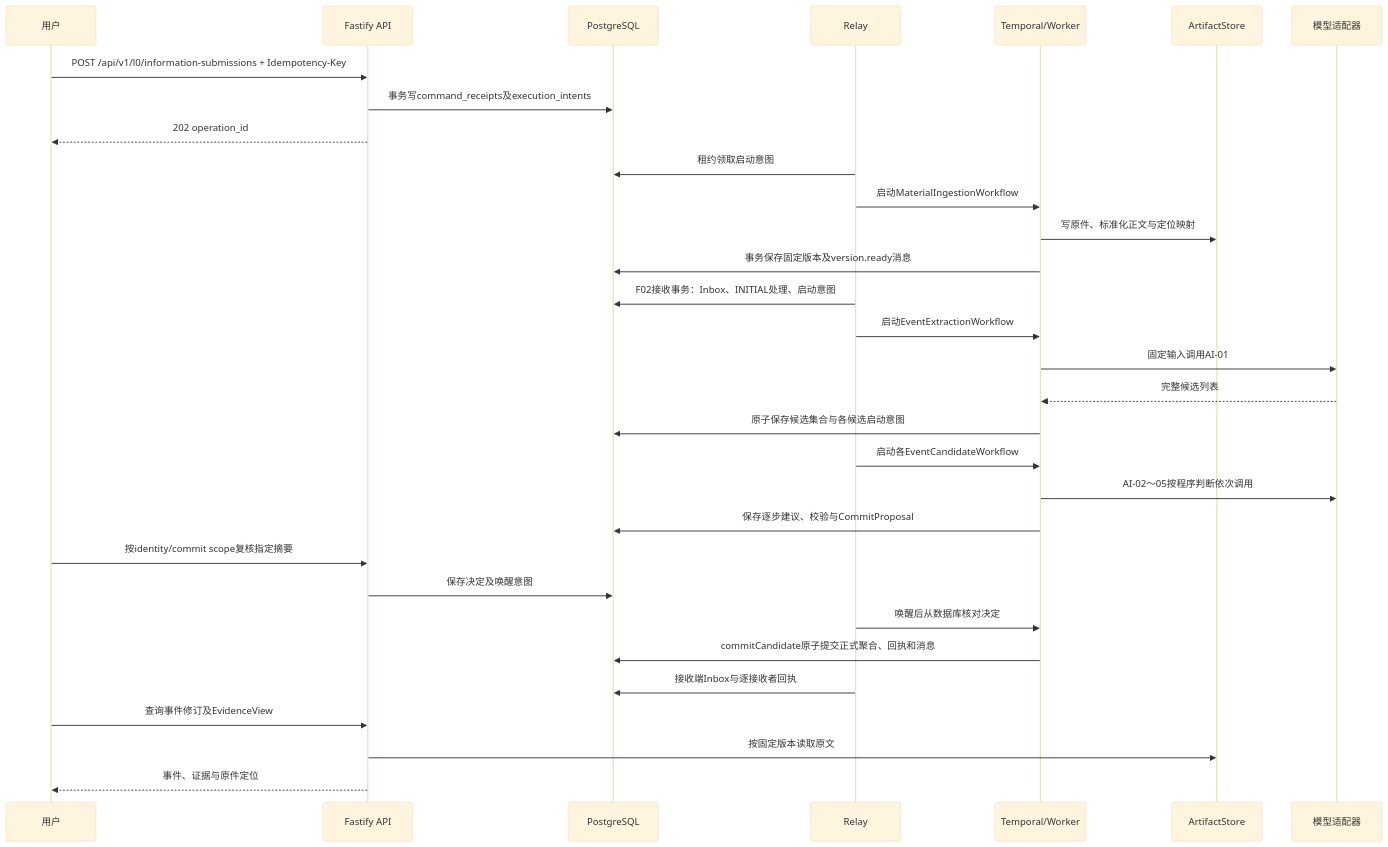
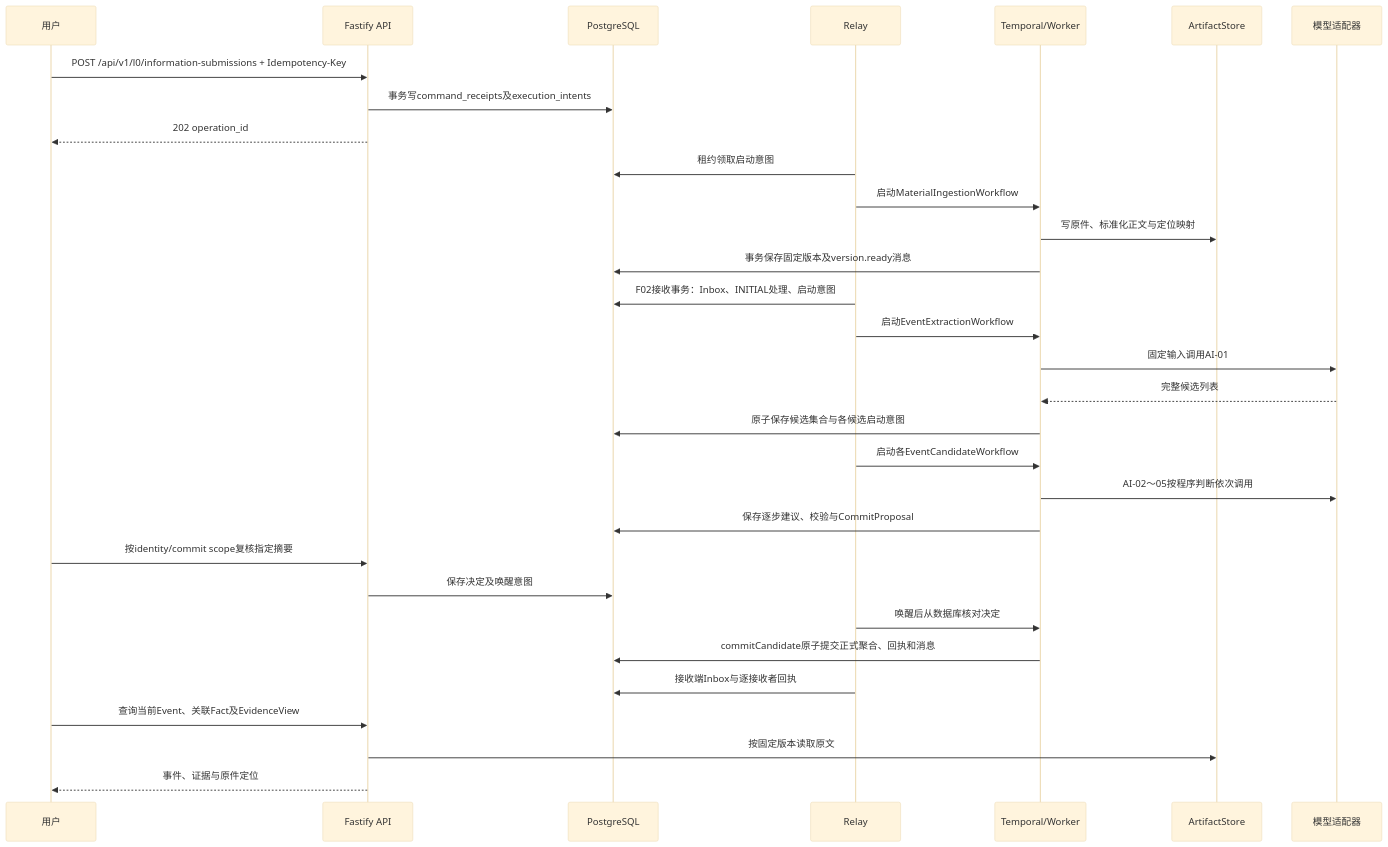
The second of 2 diagrams in tools/RiskHot/docs/system-design/04-系统架构设计/03-模块技术详细设计/L0-信息处理层/L0-信息处理层技术架构.md (caojingwen1996/obsidian_kb), drawn with Mermaid (base theme) before and after one commit. The commit also changed other lines of this file and 278 other files, not shown here.

````diff
--- a/tools/RiskHot/docs/system-design/04-系统架构设计/03-模块技术详细设计/L0-信息处理层/L0-信息处理层技术架构.md
+++ b/tools/RiskHot/docs/system-design/04-系统架构设计/03-模块技术详细设计/L0-信息处理层/L0-信息处理层技术架构.md
@@ -116,33 +118,33 @@
 ```mermaid
 sequenceDiagram
     participant U as 用户
     participant API as Fastify API
     participant PG as PostgreSQL
     participant R as Relay
     participant W as Temporal/Worker
     participant O as ArtifactStore
     participant M as 模型适配器
     U->>API: POST /api/v1/l0/information-submissions + Idempotency-Key
     API->>PG: 事务写command_receipts及execution_intents
     API-->>U: 202 operation_id
     R->>PG: 租约领取启动意图
     R->>W: 启动MaterialIngestionWorkflow
     W->>O: 写原件、标准化正文与定位映射
     W->>PG: 事务保存固定版本及version.ready消息
     R->>PG: F02接收事务：Inbox、INITIAL处理、启动意图
     R->>W: 启动EventExtractionWorkflow
     W->>M: 固定输入调用AI-01
     M-->>W: 完整候选列表
     W->>PG: 原子保存候选集合与各候选启动意图
     R->>W: 启动各EventCandidateWorkflow
     W->>M: AI-02～05按程序判断依次调用
     W->>PG: 保存逐步建议、校验与CommitProposal
     U->>API: 按identity/commit scope复核指定摘要
     API->>PG: 保存决定及唤醒意图
     R->>W: 唤醒后从数据库核对决定
     W->>PG: commitCandidate原子提交正式聚合、回执和消息
     R->>PG: 接收端Inbox与逐接收者回执
-    U->>API: 查询事件修订及EvidenceView
+    U->>API: 查询当前Event、关联Fact及EvidenceView
     API->>O: 按固定版本读取原文
     API-->>U: 事件、证据与原件定位
 ```
````
